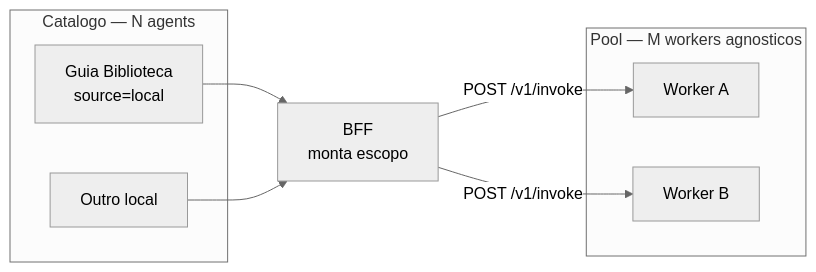
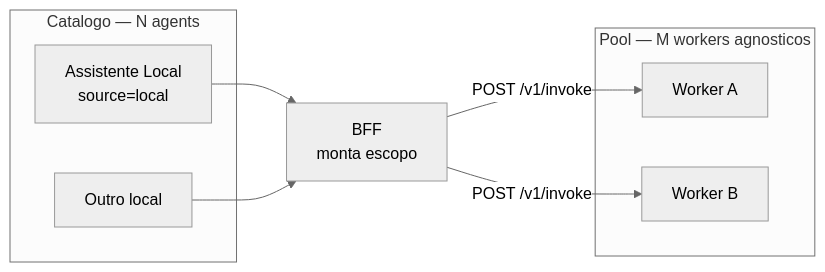
One commit to awslabs/loom changed the second of 5 diagrams in local-runtime/docs/adr/0013-local-agent-templates-worker-pool.md. Above: the diagram before and after it, drawn with Mermaid (neutral theme). The commit also changed other lines of this file and 18 other files, not shown here.

````diff
--- a/local-runtime/docs/adr/0013-local-agent-templates-worker-pool.md
+++ b/local-runtime/docs/adr/0013-local-agent-templates-worker-pool.md
@@ -92,19 +92,19 @@
 ```mermaid
 flowchart LR
   subgraph catalog["Catalogo — N agents"]
-    a1["Guia Biblioteca<br/>source=local"]
+    a1["Assistente Local<br/>source=local"]
     a2["Outro local"]
   end
 
   be2["BFF<br/>monta escopo"]
 
   subgraph workers["Pool — M workers agnosticos"]
     p1["Worker A"]
     p2["Worker B"]
   end
 
   a1 --> be2
   a2 --> be2
   be2 -->|"POST /v1/invoke"| p1
   be2 -->|"POST /v1/invoke"| p2
 ```
````
